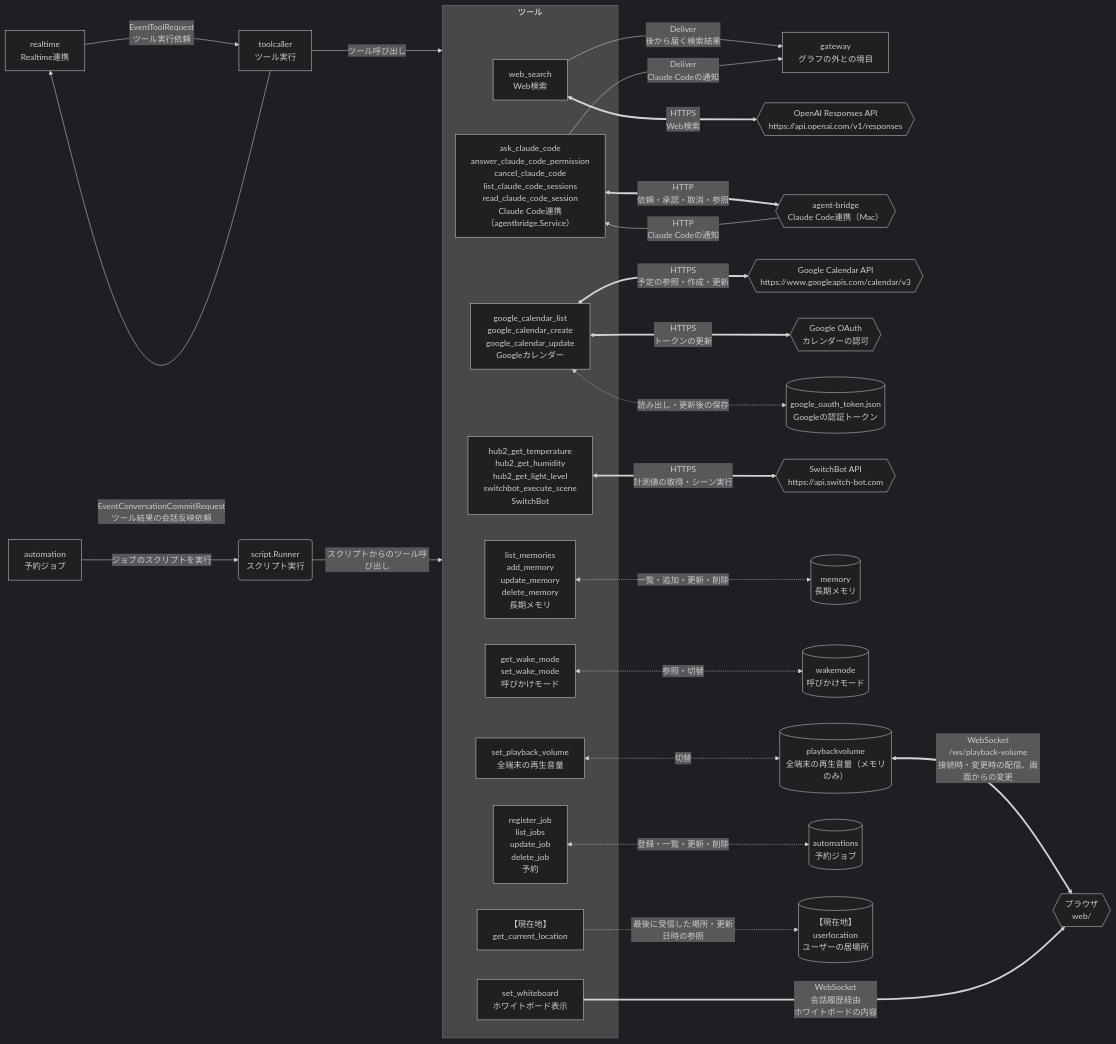
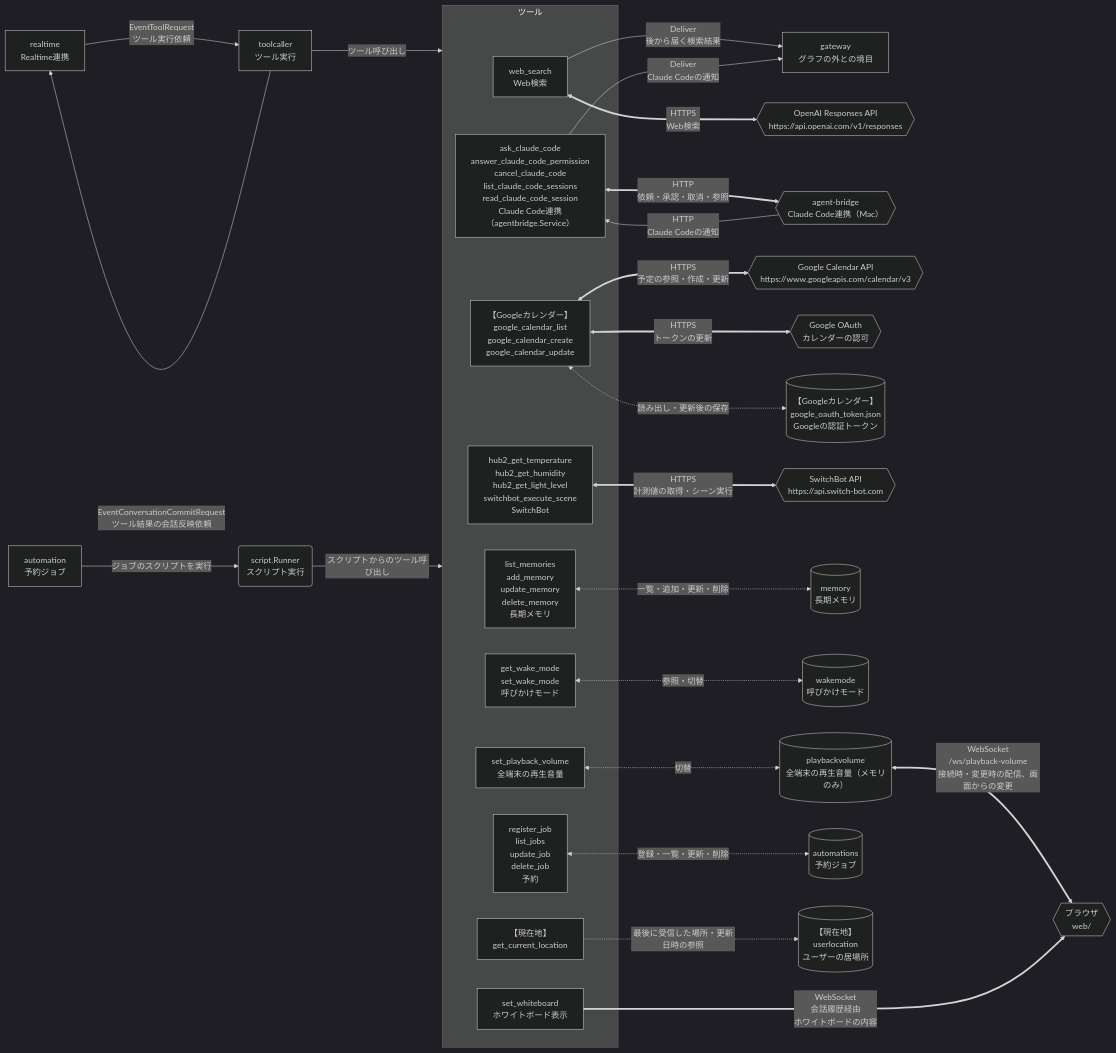
Before and after one commit to tetetratra/smart-speaker: the third of 3 diagrams in README.md, drawn with Mermaid (dark theme). The commit also changed 23 other files, not shown here.

````diff
--- a/README.md
+++ b/README.md
@@ -167,58 +167,58 @@
 ```mermaid
 flowchart LR
     rt["realtime<br/>Realtime連携"]
     tool["toolcaller<br/>ツール実行"]
     scheduler["automation<br/>予約ジョブ"]
     runner("script.Runner<br/>スクリプト実行")
     gateway["gateway<br/>グラフの外との境目"]
 
     subgraph toolset["ツール"]
         webSearchTool["web_search<br/>Web検索"]
         claudeCodeTool["ask_claude_code<br/>answer_claude_code_permission<br/>cancel_claude_code<br/>list_claude_code_sessions<br/>read_claude_code_session<br/>Claude Code連携（agentbridge.Service）"]
-        calendarTool["google_calendar_list<br/>google_calendar_create<br/>google_calendar_update<br/>Googleカレンダー"]
+        calendarTool["【Googleカレンダー】<br/>google_calendar_list<br/>google_calendar_create<br/>google_calendar_update"]
         switchBotTool["hub2_get_temperature<br/>hub2_get_humidity<br/>hub2_get_light_level<br/>switchbot_execute_scene<br/>SwitchBot"]
         memoryTool["list_memories<br/>add_memory<br/>update_memory<br/>delete_memory<br/>長期メモリ"]
         wakeModeTool["get_wake_mode<br/>set_wake_mode<br/>呼びかけモード"]
         volumeTool["set_playback_volume<br/>全端末の再生音量"]
         automationTool["register_job<br/>list_jobs<br/>update_job<br/>delete_job<br/>予約"]
         whiteboardTool["set_whiteboard<br/>ホワイトボード表示"]
         locationTool["【現在地】<br/>get_current_location"]
     end
 
 
     openaiResponses{{"OpenAI Responses API<br/>https://api.openai.com/v1/responses"}}
     agentBridge{{"agent-bridge<br/>Claude Code連携（Mac）"}}
     googleCalendar{{"Google Calendar API<br/>https://www.googleapis.com/calendar/v3"}}
     googleOAuth{{"Google OAuth<br/>カレンダーの認可"}}
-    googleTokenStore[("google_oauth_token.json<br/>Googleの認証トークン")]
+    googleTokenStore[("【Googleカレンダー】<br/>google_oauth_token.json<br/>Googleの認証トークン")]
     switchBot{{"SwitchBot API<br/>https://api.switch-bot.com"}}
     memoryStore[("memory<br/>長期メモリ")]
     wakeModeStore[("wakemode<br/>呼びかけモード")]
     volumeStore[("playbackvolume<br/>全端末の再生音量（メモリのみ）")]
     automationStore[("automations<br/>予約ジョブ")]
     locationStore[("【現在地】<br/>userlocation<br/>ユーザーの居場所")]
     browser{{"ブラウザ<br/>web/"}}
 
     rt -->|"EventToolRequest<br/>ツール実行依頼"| tool
     tool -->|"EventConversationCommitRequest<br/>ツール結果の会話反映依頼"| rt
     tool -->|"ツール呼び出し"| toolset
     scheduler -->|"ジョブのスクリプトを実行"| runner
     runner -->|"スクリプトからのツール呼び出し"| toolset
 
     webSearchTool <==>|"HTTPS<br/>Web検索"| openaiResponses
     webSearchTool -->|"Deliver<br/>後から届く検索結果"| gateway
     claudeCodeTool <==>|"HTTP<br/>依頼・承認・取消・参照"| agentBridge
     agentBridge -->|"HTTP<br/>Claude Codeの通知"| claudeCodeTool
     claudeCodeTool -->|"Deliver<br/>Claude Codeの通知"| gateway
     calendarTool <==>|"HTTPS<br/>予定の参照・作成・更新"| googleCalendar
     calendarTool <-.->|"読み出し・更新後の保存"| googleTokenStore
     calendarTool <==>|"HTTPS<br/>トークンの更新"| googleOAuth
     switchBotTool <==>|"HTTPS<br/>計測値の取得・シーン実行"| switchBot
     memoryTool <-.->|"一覧・追加・更新・削除"| memoryStore
     wakeModeTool <-.->|"参照・切替"| wakeModeStore
     volumeTool <-.->|"切替"| volumeStore
     volumeStore <==>|"WebSocket<br/>/ws/playback-volume<br/>接続時・変更時の配信、画面からの変更"| browser
     automationTool <-.->|"登録・一覧・更新・削除"| automationStore
     locationTool -.->|"最後に受信した場所・更新日時の参照"| locationStore
     whiteboardTool ==>|"WebSocket<br/>会話履歴経由<br/>ホワイトボードの内容"| browser
 ```
````
